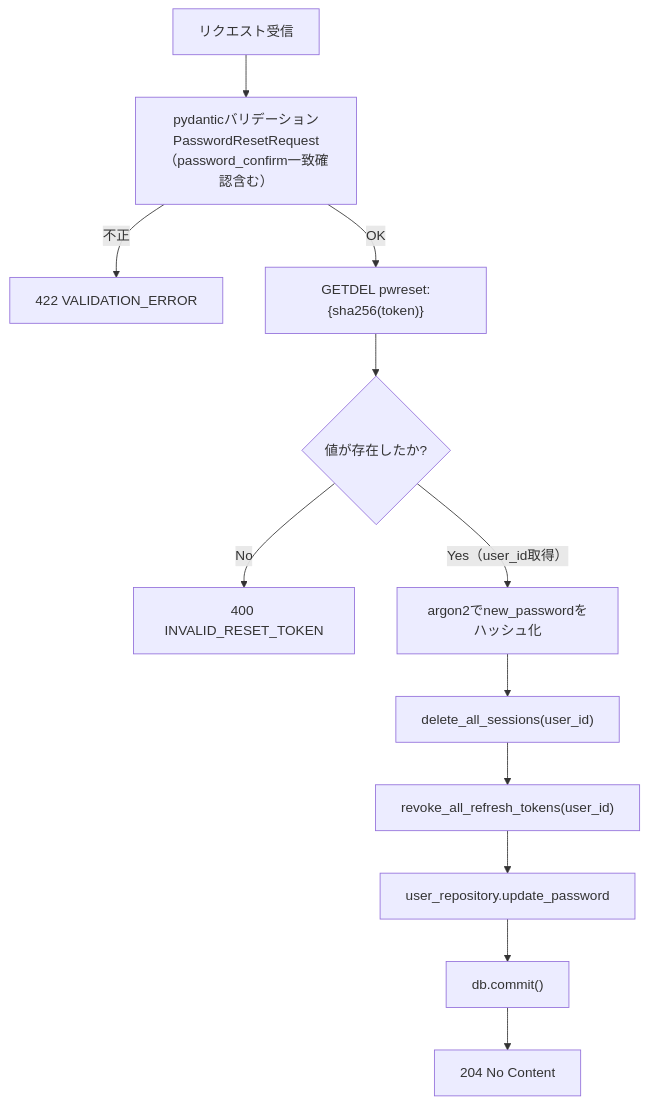
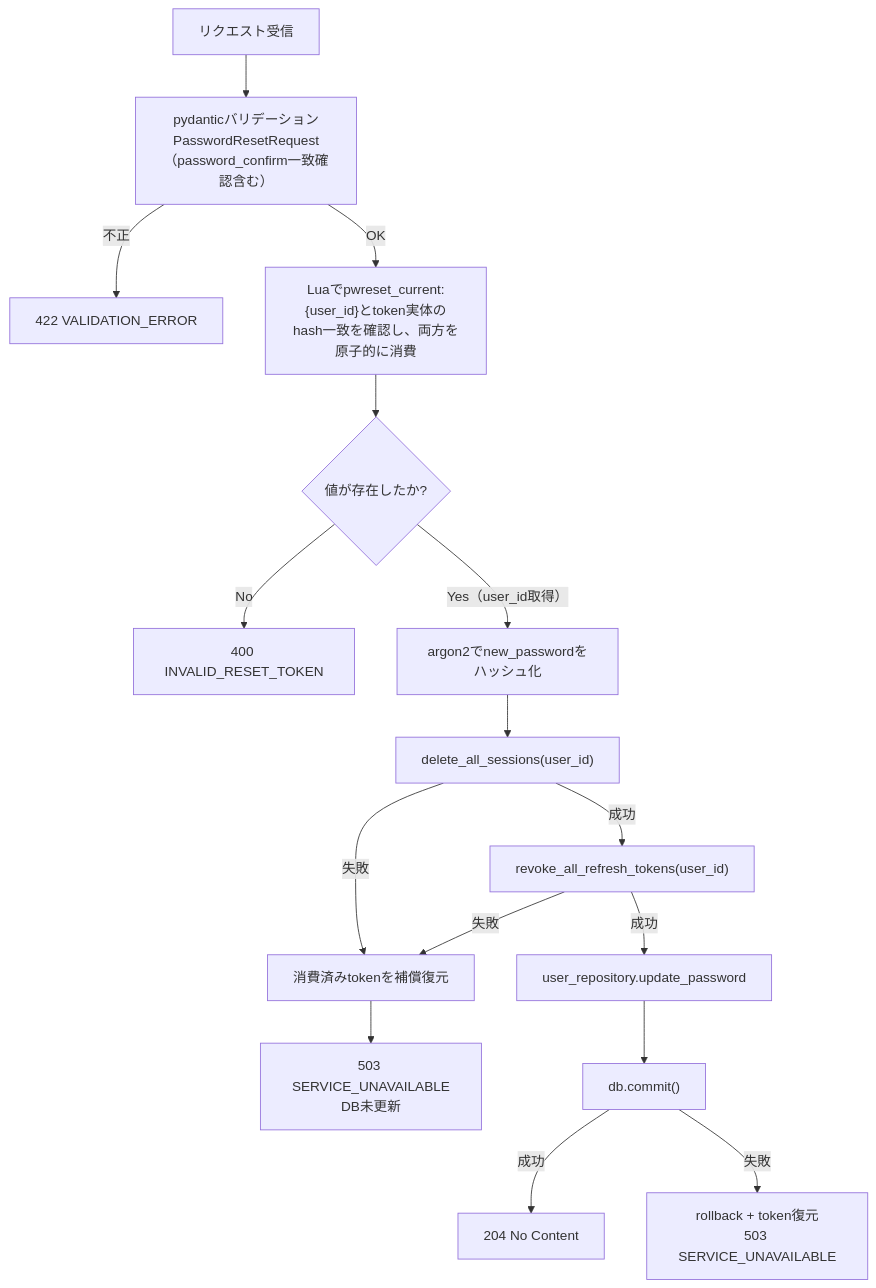
One commit to oikawa-d/task_management changed the second of 4 diagrams in docs/detailed_design/api/auth/10_post_auth_password_reset.md. Above: the diagram before and after it, drawn with Mermaid. The commit also changed other lines of this file and 80 other files, not shown here.

````diff
--- a/docs/detailed_design/api/auth/10_post_auth_password_reset.md
+++ b/docs/detailed_design/api/auth/10_post_auth_password_reset.md
@@ -126,14 +139,18 @@
 ```mermaid
 flowchart TB
     A["リクエスト受信"] --> B["pydanticバリデーション<br/>PasswordResetRequest<br/>（password_confirm一致確認含む）"]
     B -->|"不正"| E1["422 VALIDATION_ERROR"]
-    B -->|"OK"| C["GETDEL pwreset:{sha256(token)}"]
+    B -->|"OK"| C["Luaでpwreset_current:{user_id}とtoken実体のhash一致を確認し、両方を原子的に消費"]
     C --> D{"値が存在したか?"}
     D -->|"No"| E2["400 INVALID_RESET_TOKEN"]
     D -->|"Yes（user_id取得）"| F["argon2でnew_passwordをハッシュ化"]
     F --> G["delete_all_sessions(user_id)"]
-    G --> H["revoke_all_refresh_tokens(user_id)"]
-    H --> I["user_repository.update_password"]
+    G -->|"失敗"| R1["消費済みtokenを補償復元"]
+    G -->|"成功"| H["revoke_all_refresh_tokens(user_id)"]
+    H -->|"失敗"| R1
+    H -->|"成功"| I["user_repository.update_password"]
     I --> J["db.commit()"]
-    J --> K["204 No Content"]
+    J -->|"成功"| K["204 No Content"]
+    J -->|"失敗"| R2["rollback + token復元<br/>503 SERVICE_UNAVAILABLE"]
+    R1 --> E3["503 SERVICE_UNAVAILABLE<br/>DB未更新"]
 ```
````
